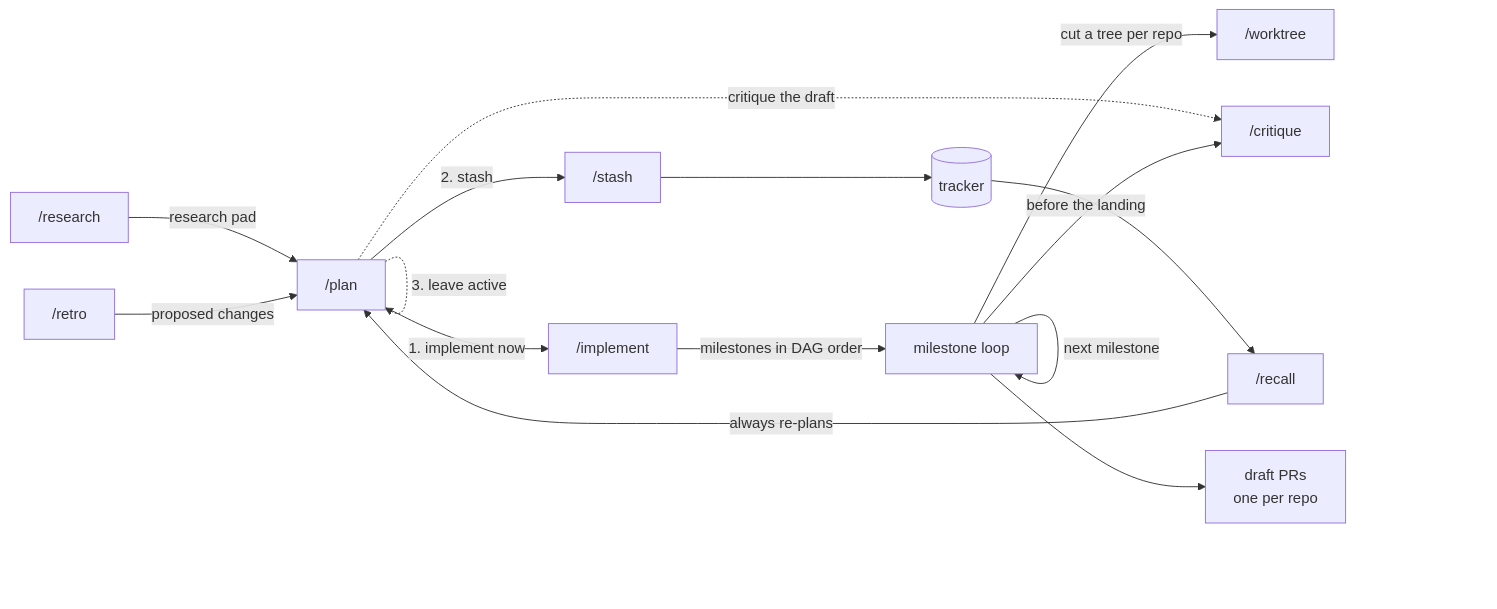
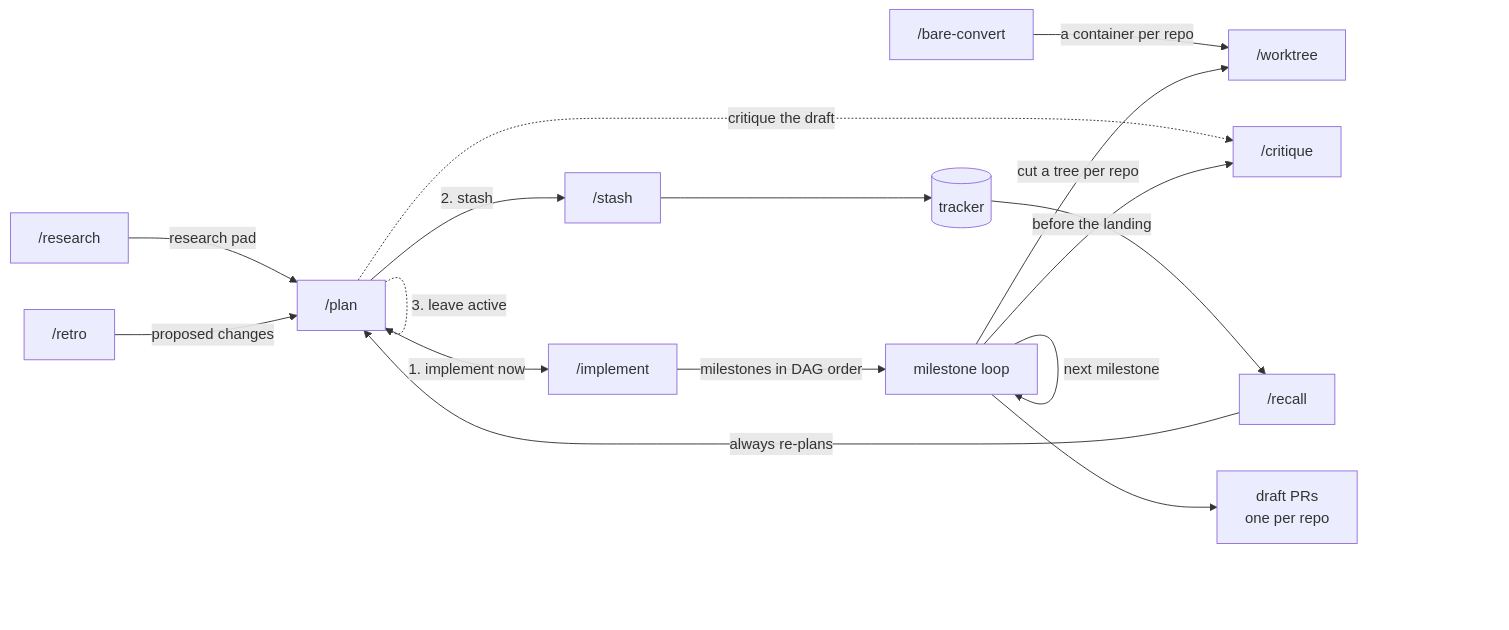
Before and after one commit to jahnkelabs/agents: the diagram in README.md, drawn with Mermaid. The commit also changed other lines of this file and 2 other files, not shown here.

````diff
--- a/README.md
+++ b/README.md
@@ -180,29 +185,31 @@
 ```mermaid
 flowchart LR
     R["/research"]
     P["/plan"]
     I["/implement"]
     W["/worktree"]
+    BC["/bare-convert"]
     M["milestone loop"]
     C["/critique"]
     S["/stash"]
     RC["/recall"]
     RT["/retro"]
     T[("tracker")]
     PR["draft PRs<br/>one per repo"]
 
     R -->|"research pad"| P
     P -->|"1. implement now"| I
     P -->|"2. stash"| S
     P -.->|"3. leave active"| P
     P -.->|"critique the draft"| C
     S --> T
     T --> RC
     RC -->|"always re-plans"| P
     RT -->|"proposed changes"| P
     I -->|"milestones in DAG order"| M
+    BC -->|"a container per repo"| W
     M -->|"cut a tree per repo"| W
     M -->|"before the landing"| C
     M --> PR
     M -->|"next milestone"| M
 ```
````
